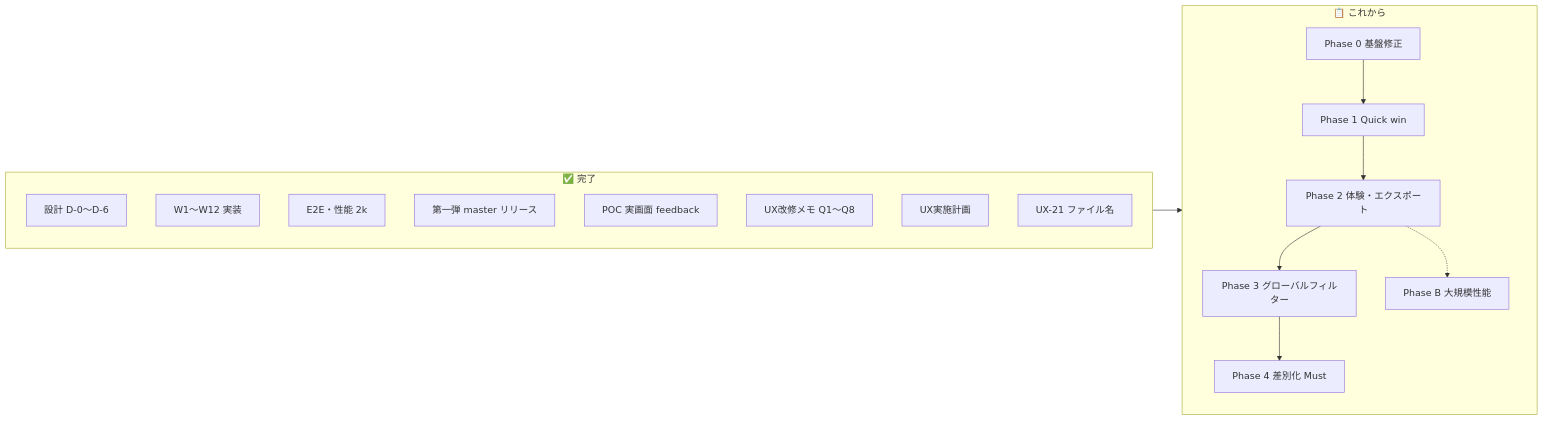
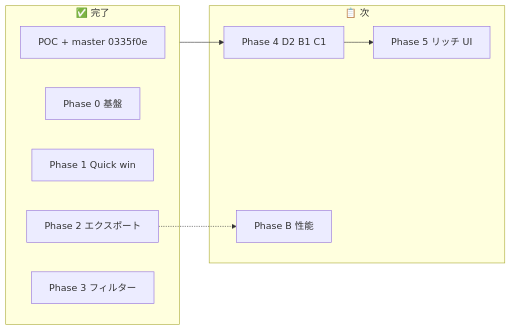
The first of 2 diagrams in docs/工程進捗.md (soramimi6/LiveChatScope), drawn with Mermaid before and after one commit. The commit also changed other lines of this file and 4 other files, not shown here.

First line of the commit message:
docs: sync Phase 0-3 completion and consolidate Phase 4 plan

````diff
--- a/docs/工程進捗.md
+++ b/docs/工程進捗.md
@@ -11,26 +11,17 @@
 ```mermaid
 flowchart LR
   subgraph DONE["✅ 完了"]
-    D0[設計 D-0〜D-6]
-    W[W1〜W12 実装]
-    E2E[E2E・性能 2k]
-    REL[第一弾 master リリース]
-    POC[POC 実画面 feedback]
-    MEMO[UX改修メモ Q1〜Q8]
-    PLAN[UX実施計画]
-    UX21[UX-21 ファイル名]
+    POC[POC + master 0335f0e]
+    P0[Phase 0 基盤]
+    P1[Phase 1 Quick win]
+    P2[Phase 2 エクスポート]
+    P3[Phase 3 フィルター]
   end
-
-  subgraph NEXT["📋 これから"]
-    P0[Phase 0 基盤修正]
-    P1[Phase 1 Quick win]
-    P2[Phase 2 体験・エクスポート]
-    P3[Phase 3 グローバルフィルター]
-    P4[Phase 4 差別化 Must]
-    PB[Phase B 大規模性能]
+  subgraph NEXT["📋 次"]
+    P4[Phase 4 D2 B1 C1]
+    P5[Phase 5 リッチ UI]
+    PB[Phase B 性能]
   end
-
-  DONE --> NEXT
-  P0 --> P1 --> P2 --> P3 --> P4
+  DONE --> P4 --> P5
   P2 -.-> PB
 ```
````
